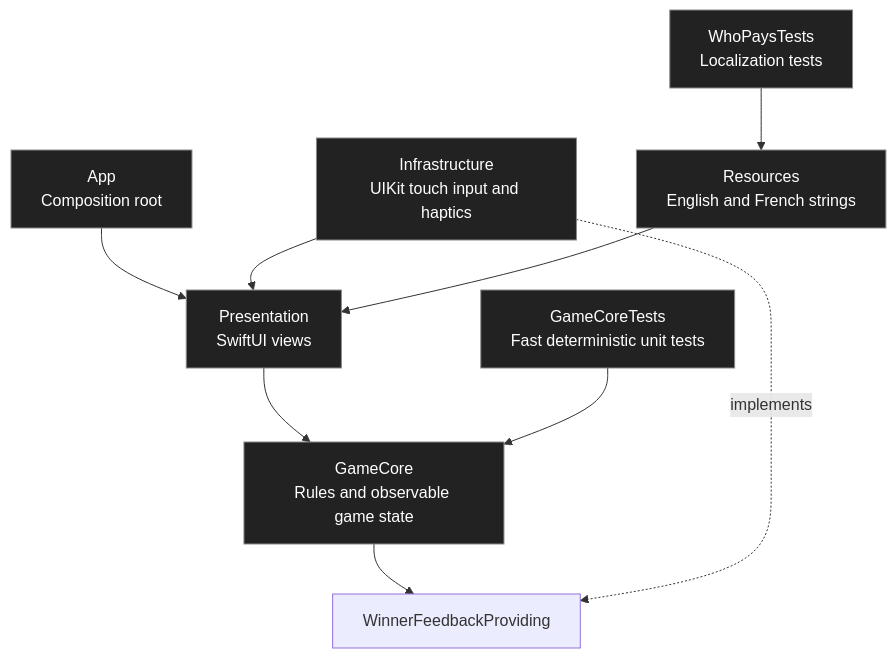
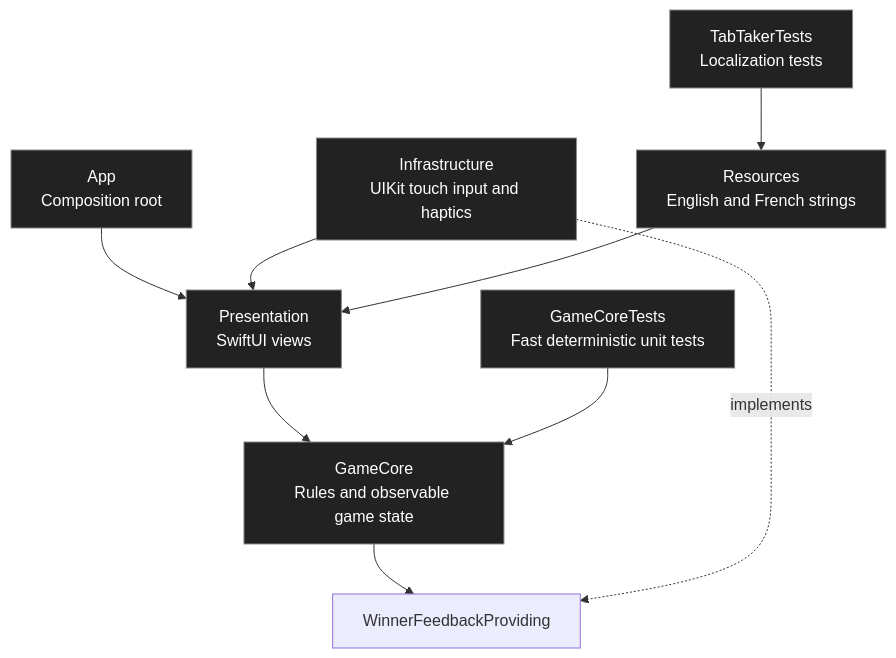
One commit to thlaure/WhoPays changed the third of 3 diagrams in README.md. Above: the diagram before and after it, drawn with Mermaid. The commit also changed other lines of this file and 20 other files, not shown here.

Commit message:
refactor: rename project to TabTaker (#8)

````diff
--- a/README.md
+++ b/README.md
@@ -97,19 +97,19 @@
 ```mermaid
 flowchart TD
     App[App<br/>Composition root] --> Presentation
     Presentation[Presentation<br/>SwiftUI views] --> Core
     Core[GameCore<br/>Rules and observable game state] --> FeedbackPort[WinnerFeedbackProviding]
     Infrastructure[Infrastructure<br/>UIKit touch input and haptics] --> Presentation
     Infrastructure -. implements .-> FeedbackPort
     Resources[Resources<br/>English and French strings] --> Presentation
     CoreTests[GameCoreTests<br/>Fast deterministic unit tests] --> Core
-    AppTests[WhoPaysTests<br/>Localization tests] --> Resources
+    AppTests[TabTakerTests<br/>Localization tests] --> Resources
 
     style Core fill:#222,color:#fff,stroke:#888
     style Presentation fill:#222,color:#fff,stroke:#888
     style Infrastructure fill:#222,color:#fff,stroke:#888
     style App fill:#222,color:#fff,stroke:#888
     style Resources fill:#222,color:#fff,stroke:#888
     style CoreTests fill:#222,color:#fff,stroke:#888
     style AppTests fill:#222,color:#fff,stroke:#888
 ```
````
